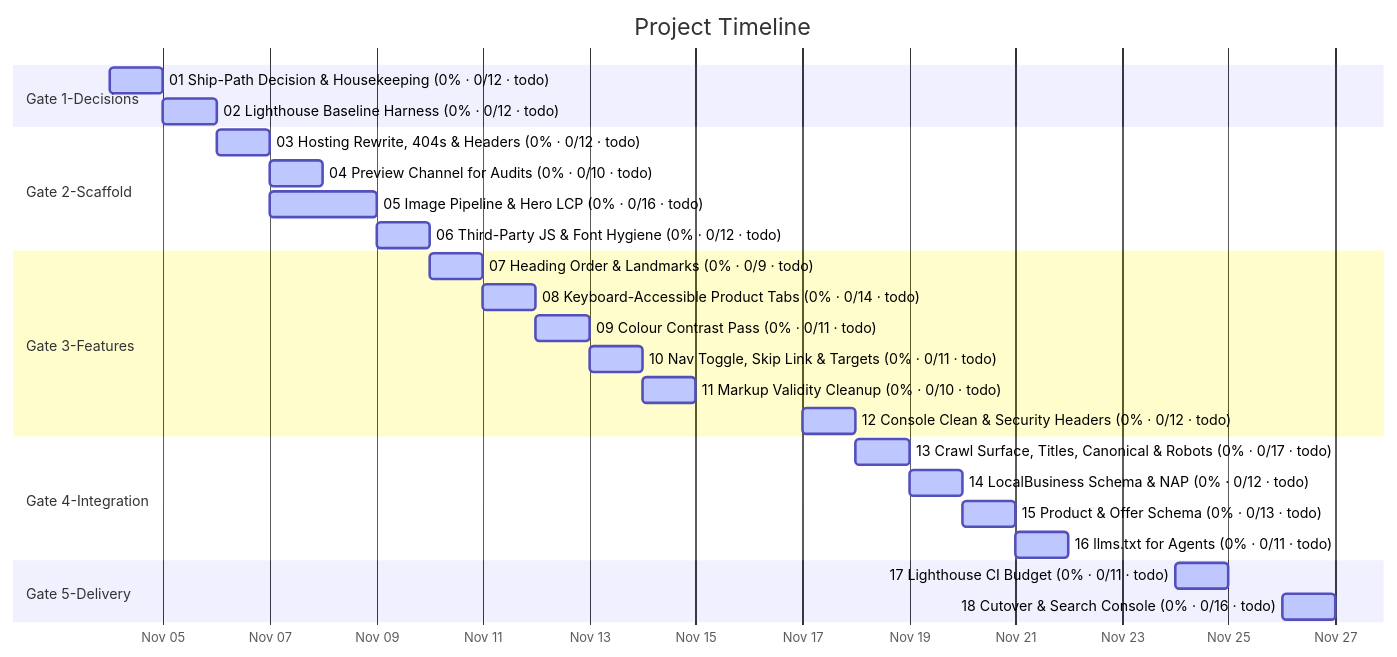
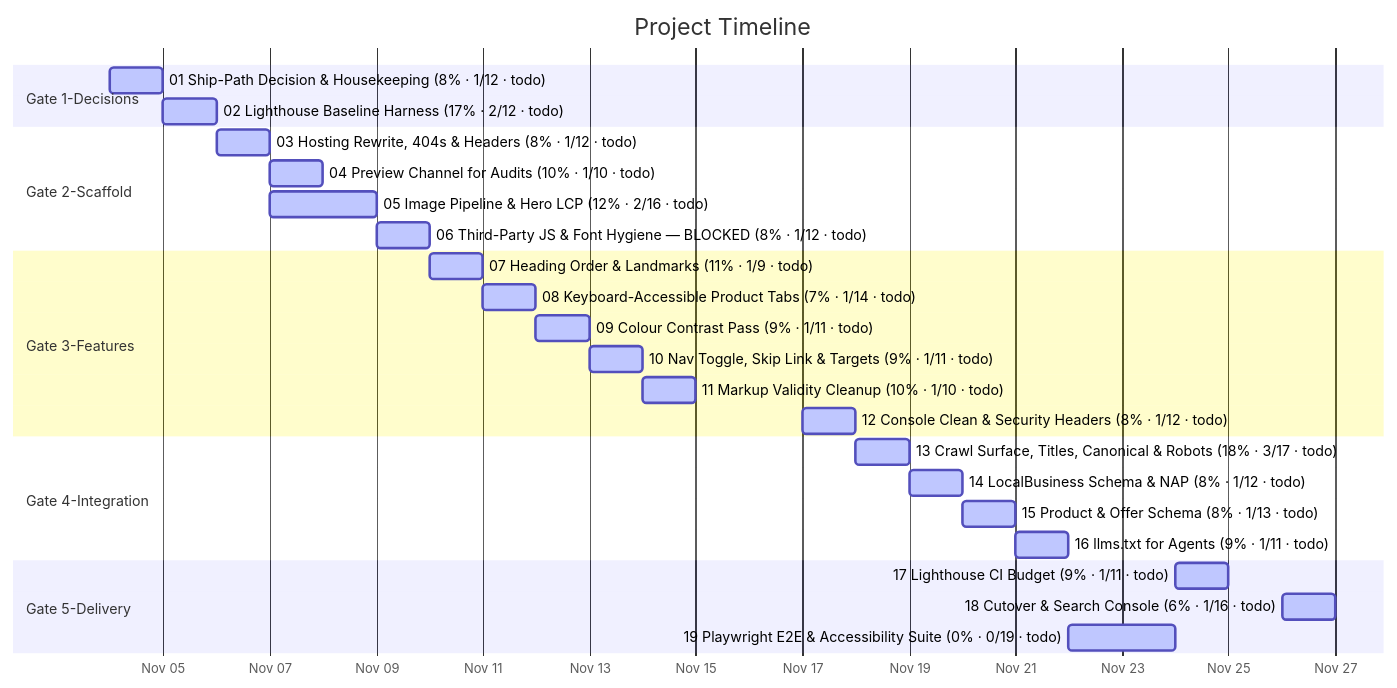
One commit to matterattetatte/esmia-v5 changed the diagram in docs/diagrams/task-gantt.md. Above: the diagram before and after it, drawn with Mermaid. The commit also changed other lines of this file and 21 other files, not shown here.

First line of the commit message:
Record review decisions in the task drafts and add the Playwright suite

````diff
--- a/docs/diagrams/task-gantt.md
+++ b/docs/diagrams/task-gantt.md
@@ -27,30 +27,31 @@
 ```mermaid
 gantt
     title Project Timeline
     dateFormat  YYYY-MM-DD
     axisFormat  %b %d
 
     section Gate 1-Decisions
-    01 Ship-Path Decision & Housekeeping (0% · 0/12 · todo) : active, 2026-11-04, 1d
-    02 Lighthouse Baseline Harness (0% · 0/12 · todo) : active, 2026-11-05, 1d
+    01 Ship-Path Decision & Housekeeping (8% · 1/12 · todo) : active, 2026-11-04, 1d
+    02 Lighthouse Baseline Harness (17% · 2/12 · todo) : active, 2026-11-05, 1d
     section Gate 2-Scaffold
-    03 Hosting Rewrite, 404s & Headers (0% · 0/12 · todo) : active, 2026-11-06, 1d
-    04 Preview Channel for Audits (0% · 0/10 · todo) : active, 2026-11-07, 1d
-    05 Image Pipeline & Hero LCP (0% · 0/16 · todo) : active, 2026-11-07, 2d
-    06 Third-Party JS & Font Hygiene (0% · 0/12 · todo) : active, 2026-11-09, 1d
+    03 Hosting Rewrite, 404s & Headers (8% · 1/12 · todo) : active, 2026-11-06, 1d
+    04 Preview Channel for Audits (10% · 1/10 · todo) : active, 2026-11-07, 1d
+    05 Image Pipeline & Hero LCP (12% · 2/16 · todo) : active, 2026-11-07, 2d
+    06 Third-Party JS & Font Hygiene — BLOCKED (8% · 1/12 · todo) : active, 2026-11-09, 1d
     section Gate 3-Features
-    07 Heading Order & Landmarks (0% · 0/9 · todo) : active, 2026-11-10, 1d
-    08 Keyboard-Accessible Product Tabs (0% · 0/14 · todo) : active, 2026-11-11, 1d
-    09 Colour Contrast Pass (0% · 0/11 · todo) : active, 2026-11-12, 1d
-    10 Nav Toggle, Skip Link & Targets (0% · 0/11 · todo) : active, 2026-11-13, 1d
-    11 Markup Validity Cleanup (0% · 0/10 · todo) : active, 2026-11-14, 1d
-    12 Console Clean & Security Headers (0% · 0/12 · todo) : active, 2026-11-17, 1d
+    07 Heading Order & Landmarks (11% · 1/9 · todo) : active, 2026-11-10, 1d
+    08 Keyboard-Accessible Product Tabs (7% · 1/14 · todo) : active, 2026-11-11, 1d
+    09 Colour Contrast Pass (9% · 1/11 · todo) : active, 2026-11-12, 1d
+    10 Nav Toggle, Skip Link & Targets (9% · 1/11 · todo) : active, 2026-11-13, 1d
+    11 Markup Validity Cleanup (10% · 1/10 · todo) : active, 2026-11-14, 1d
+    12 Console Clean & Security Headers (8% · 1/12 · todo) : active, 2026-11-17, 1d
     section Gate 4-Integration
-    13 Crawl Surface, Titles, Canonical & Robots (0% · 0/17 · todo) : active, 2026-11-18, 1d
-    14 LocalBusiness Schema & NAP (0% · 0/12 · todo) : active, 2026-11-19, 1d
-    15 Product & Offer Schema (0% · 0/13 · todo) : active, 2026-11-20, 1d
-    16 llms.txt for Agents (0% · 0/11 · todo) : active, 2026-11-21, 1d
+    13 Crawl Surface, Titles, Canonical & Robots (18% · 3/17 · todo) : active, 2026-11-18, 1d
+    14 LocalBusiness Schema & NAP (8% · 1/12 · todo) : active, 2026-11-19, 1d
+    15 Product & Offer Schema (8% · 1/13 · todo) : active, 2026-11-20, 1d
+    16 llms.txt for Agents (9% · 1/11 · todo) : active, 2026-11-21, 1d
     section Gate 5-Delivery
-    17 Lighthouse CI Budget (0% · 0/11 · todo) : active, 2026-11-24, 1d
-    18 Cutover & Search Console (0% · 0/16 · todo) : active, 2026-11-26, 1d
+    17 Lighthouse CI Budget (9% · 1/11 · todo) : active, 2026-11-24, 1d
+    18 Cutover & Search Console (6% · 1/16 · todo) : active, 2026-11-26, 1d
+    19 Playwright E2E & Accessibility Suite (0% · 0/19 · todo) : active, 2026-11-22, 2d
 ```
````
